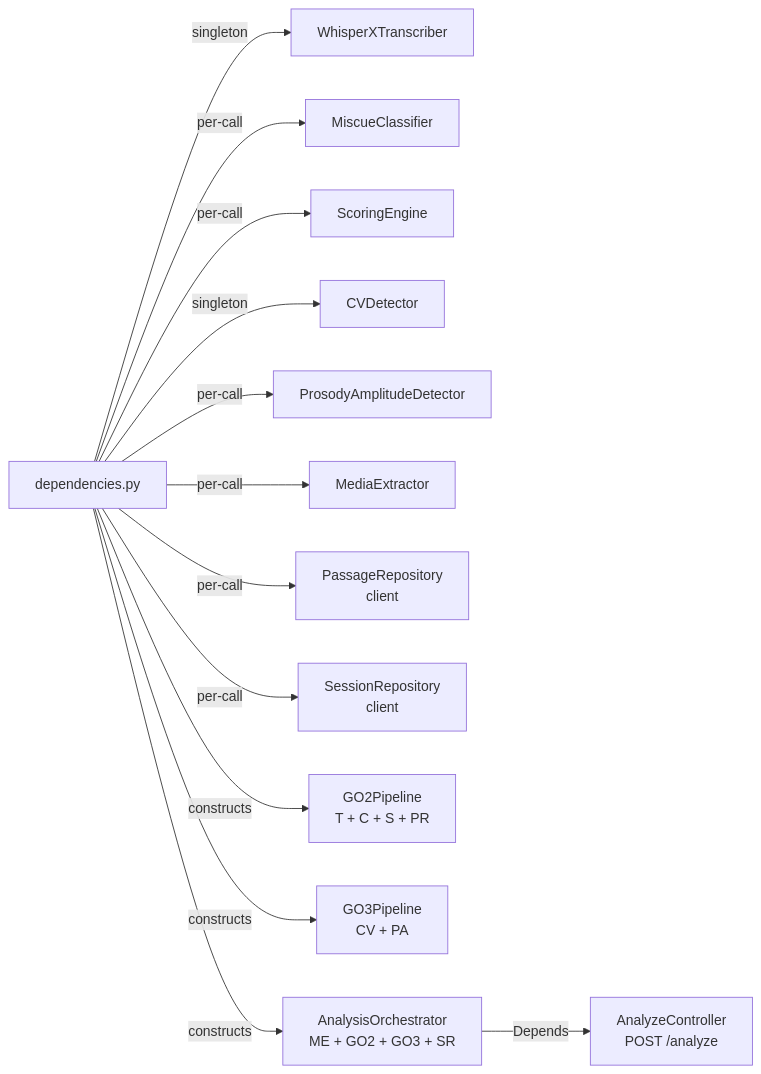
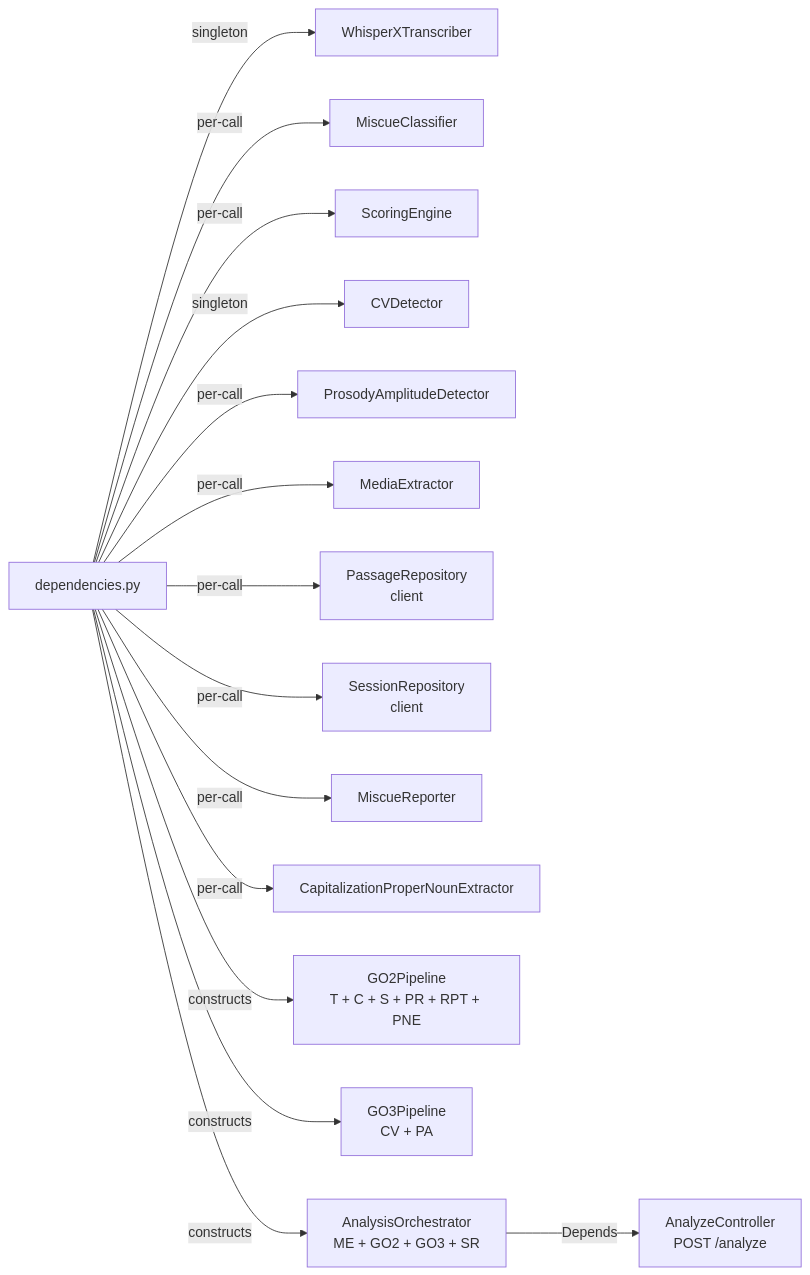
One commit to ChristianNemeno/SE-Module-02 changed the diagram in docs/uml/component/dependency-graph.md. Above: the diagram before and after it, drawn with Mermaid. The commit also changed 23 other files, not shown here.

````diff
--- a/docs/uml/component/dependency-graph.md
+++ b/docs/uml/component/dependency-graph.md
@@ -3,19 +3,21 @@
 ```mermaid
 flowchart LR
     deps[dependencies.py]
 
     deps -->|singleton| T[WhisperXTranscriber]
     deps -->|per-call| C[MiscueClassifier]
     deps -->|per-call| S[ScoringEngine]
     deps -->|singleton| CV[CVDetector]
     deps -->|per-call| PA[ProsodyAmplitudeDetector]
     deps -->|per-call| ME[MediaExtractor]
     deps -->|per-call| PR[PassageRepository\nclient]
     deps -->|per-call| SR[SessionRepository\nclient]
+    deps -->|per-call| RPT[MiscueReporter]
+    deps -->|per-call| PNE[CapitalizationProperNounExtractor]
 
-    deps -->|constructs| GO2[GO2Pipeline\nT + C + S + PR]
+    deps -->|constructs| GO2[GO2Pipeline\nT + C + S + PR + RPT + PNE]
     deps -->|constructs| GO3[GO3Pipeline\nCV + PA]
     deps -->|constructs| ORC[AnalysisOrchestrator\nME + GO2 + GO3 + SR]
 
     ORC -->|Depends| Ctrl[AnalyzeController\nPOST /analyze]
 ```
````
